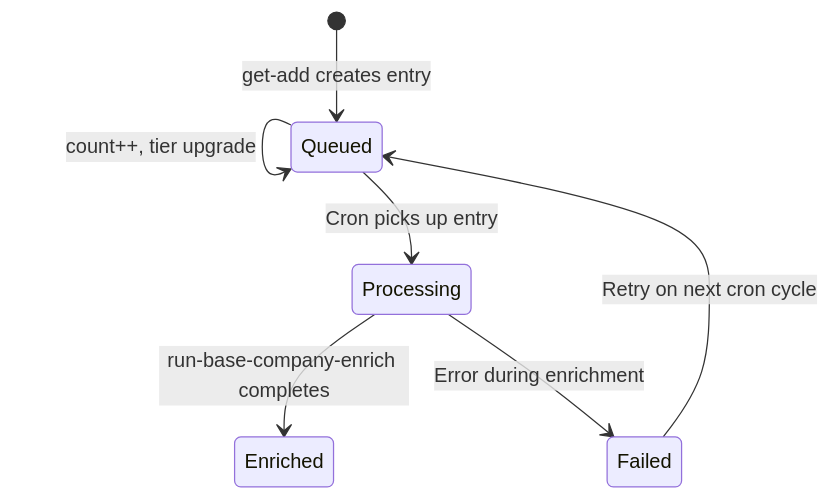
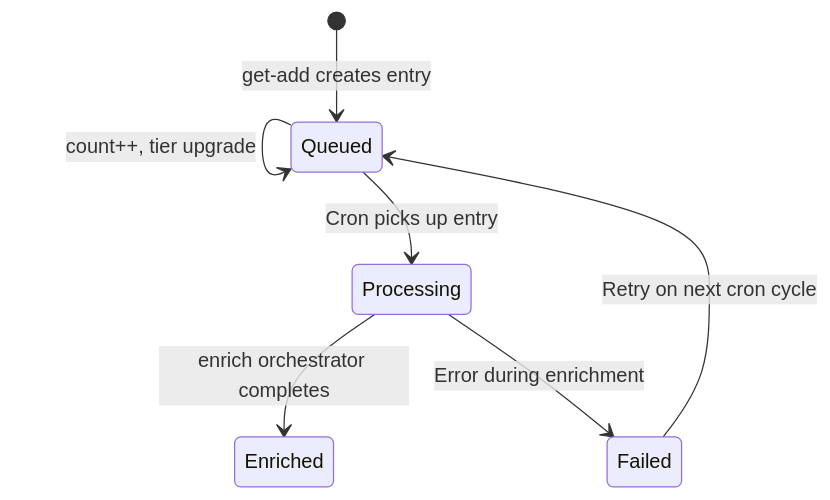
Before and after one commit to M-Pederson/docs: the diagram in guides/enrichment/waterfall/core-concepts.mdx, drawn with Mermaid. The commit also changed other lines of this file and 1 other file, not shown here.

````diff
--- a/guides/enrichment/waterfall/core-concepts.mdx
+++ b/guides/enrichment/waterfall/core-concepts.mdx
@@ -120,9 +133,9 @@
 ```mermaid
 stateDiagram-v2
     [*] --> Queued: get-add creates entry
     Queued --> Queued: count++, tier upgrade
     Queued --> Processing: Cron picks up entry
-    Processing --> Enriched: run-base-company-enrich completes
+    Processing --> Enriched: enrich orchestrator completes
     Processing --> Failed: Error during enrichment
     Failed --> Queued: Retry on next cron cycle
 ```
````
